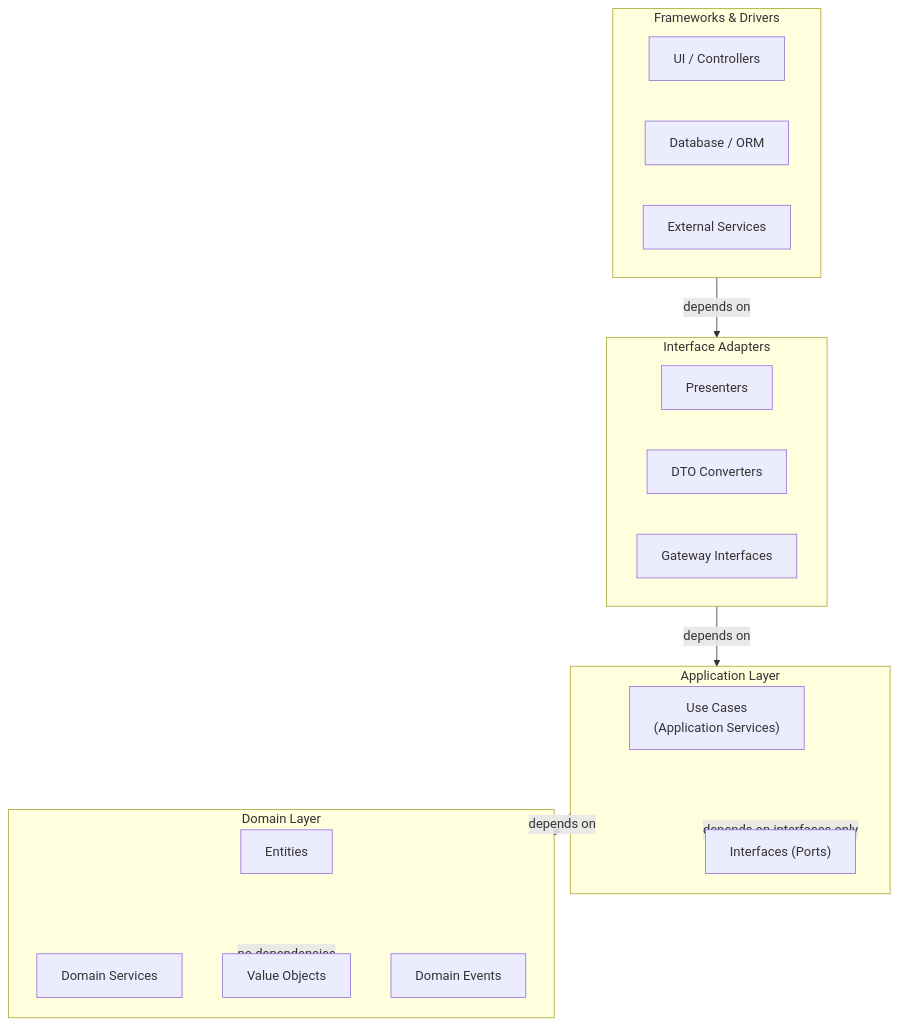
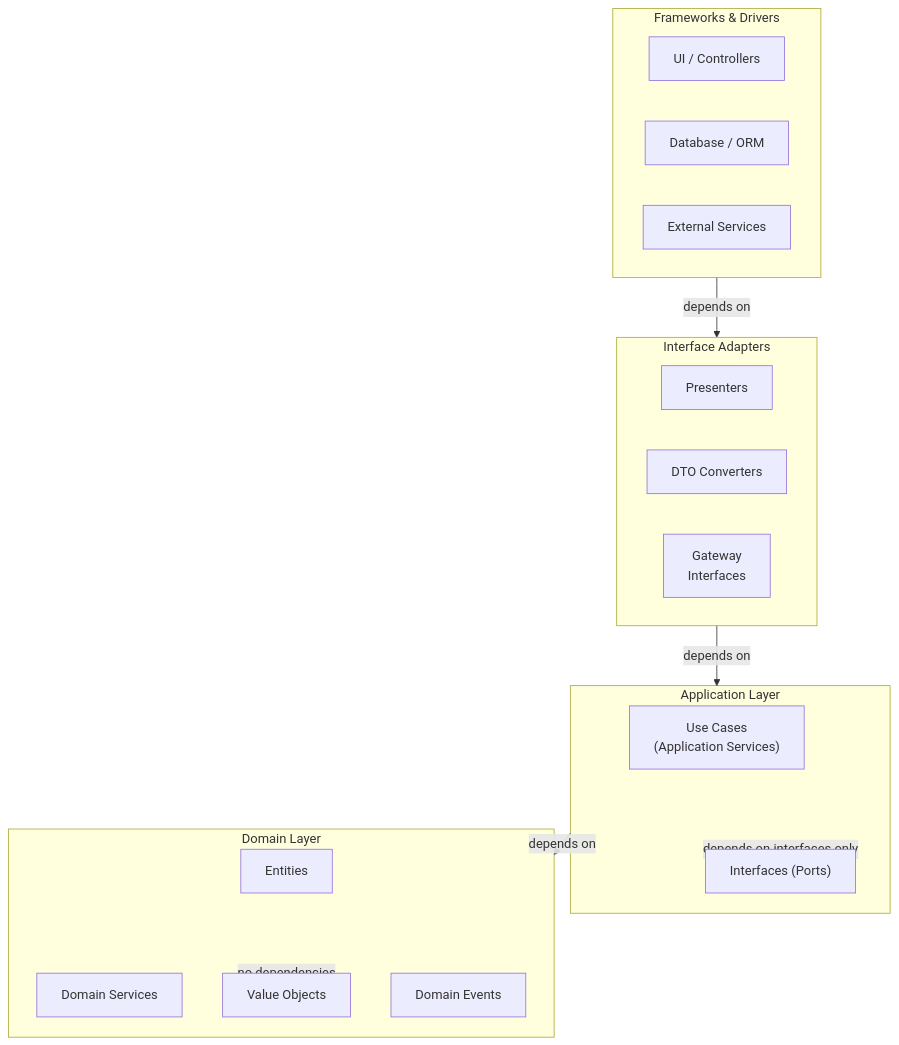
One commit to Mrnobody102/it-interview-prep changed the second of 4 diagrams in src/content/vi/he-thong/clean-architecture.md. Above: the diagram before and after it, drawn with Mermaid. The commit also changed other lines of this file and 62 other files, not shown here.

````diff
--- a/src/content/vi/he-thong/clean-architecture.md
+++ b/src/content/vi/he-thong/clean-architecture.md
@@ -32,33 +30,33 @@
 ```mermaid
 flowchart TD
     subgraph FR["Frameworks & Drivers"]
         UI["UI / Controllers"]
         DB["Database / ORM"]
         EXT["External Services"]
     end
 
     subgraph IA["Interface Adapters"]
         PRES["Presenters"]
         CONV["DTO Converters"]
-        GATE["Gateway Interfaces"]
+        GATE["Gateway<br>Interfaces"]
     end
 
     subgraph AL["Application Layer"]
         US["Use Cases<br>(Application Services)"]
         INTP["Interfaces (Ports)"]
     end
 
     subgraph DL["Domain Layer"]
         ENT["Entities"]
         DS["Domain Services"]
         VO["Value Objects"]
         EVT["Domain Events"]
     end
 
     FR -->|"depends on"| IA
     IA -->|"depends on"| AL
     AL -->|"depends on"| DL
 
     DL -.->|"no dependencies"| VO
     AL -.->|"depends on interfaces only"| INTP
 ```
````
